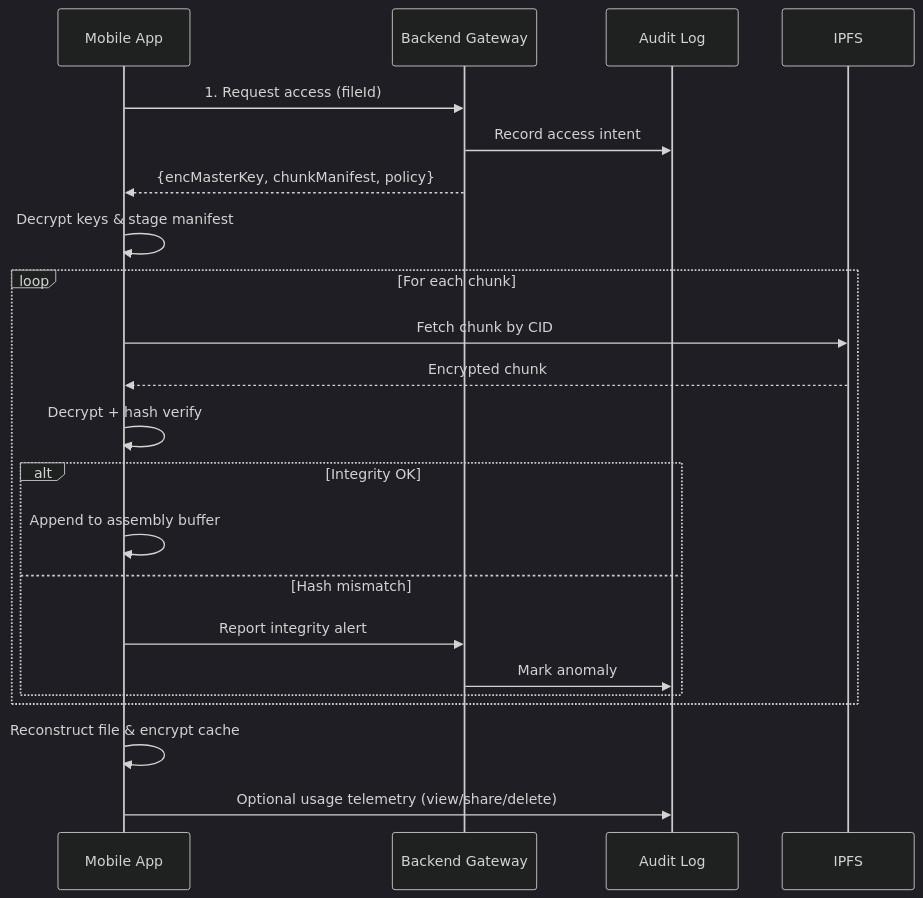
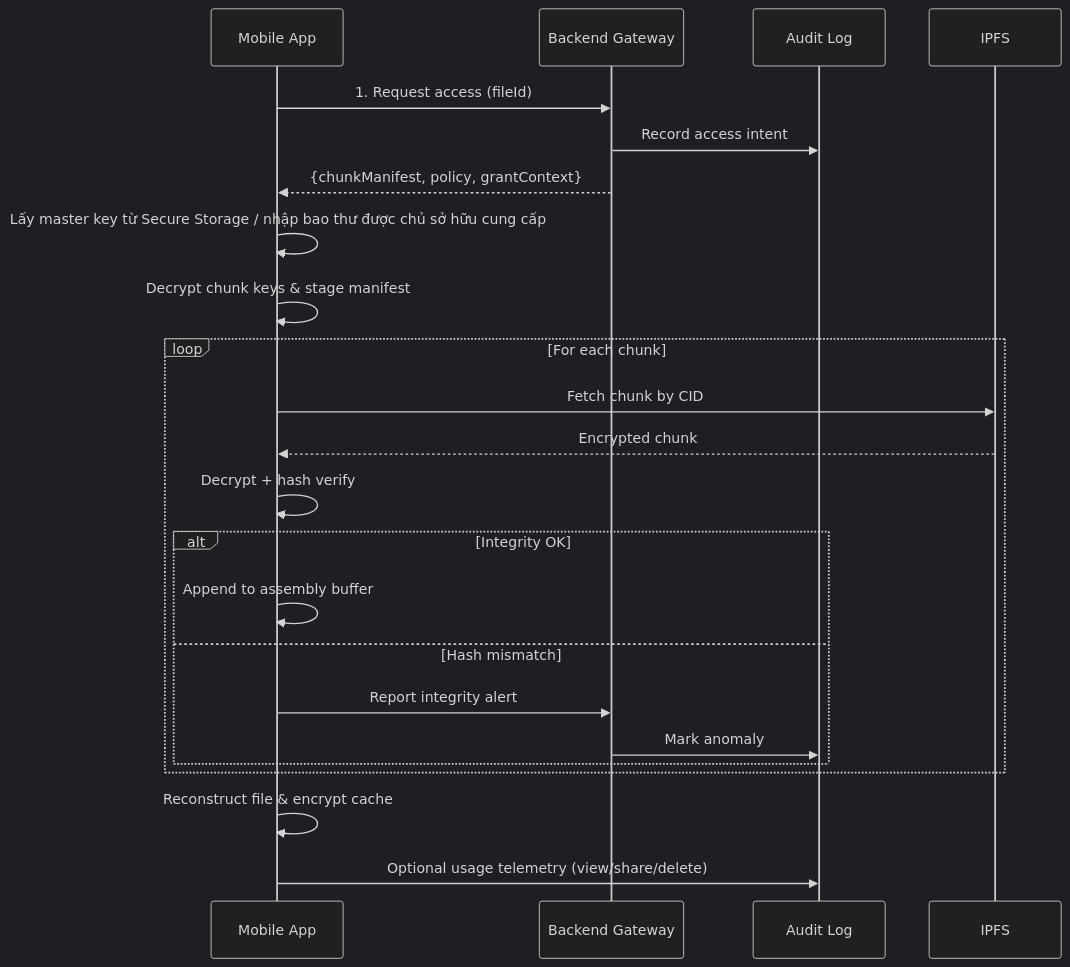
The fourth of 5 diagrams in New_Thesis.md (nguyenphuc22/ipfs-sandbox), drawn with Mermaid (dark theme) before and after one commit. The commit also changed other lines of this file and 48 other files, not shown here.

Commit message:
Add initialization screen for AOT identity setup; implement display name input and secure key generation flow. Update AppWithIPFS to integrate identity management and enhance user experience with identity display.

````diff
--- a/New_Thesis.md
+++ b/New_Thesis.md
@@ -533,25 +541,26 @@
 ```mermaid
 sequenceDiagram
     participant User as Mobile App
     participant API as Backend Gateway
     participant Audit as Audit Log
     participant IPFS
 
     User->>API: 1. Request access (fileId)
     API->>Audit: Record access intent
-    API-->>User: {encMasterKey, chunkManifest, policy}
-    User->>User: Decrypt keys & stage manifest
+    API-->>User: {chunkManifest, policy, grantContext}
+    User->>User: Lấy master key từ Secure Storage / nhập bao thư được chủ sở hữu cung cấp
+    User->>User: Decrypt chunk keys & stage manifest
     loop For each chunk
         User->>IPFS: Fetch chunk by CID
         IPFS-->>User: Encrypted chunk
         User->>User: Decrypt + hash verify
         alt Integrity OK
             User->>User: Append to assembly buffer
         else Hash mismatch
             User->>API: Report integrity alert
             API->>Audit: Mark anomaly
         end
     end
     User->>User: Reconstruct file & encrypt cache
     User->>Audit: Optional usage telemetry (view/share/delete)
 ```
````
